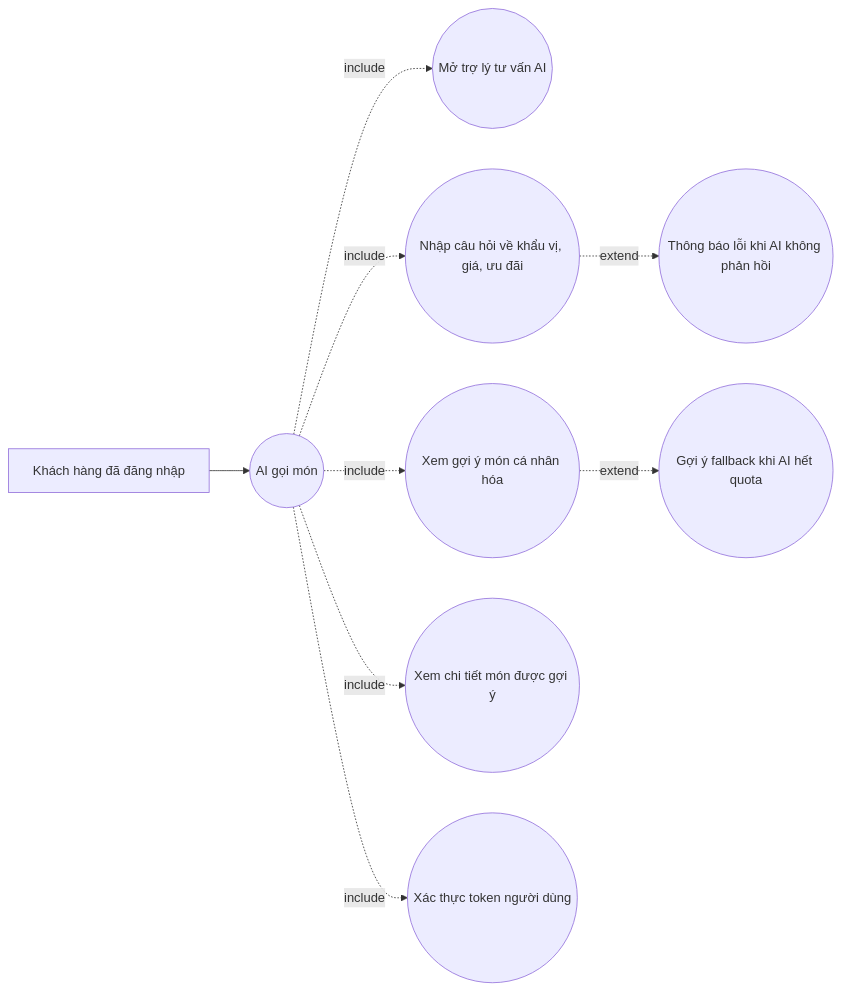
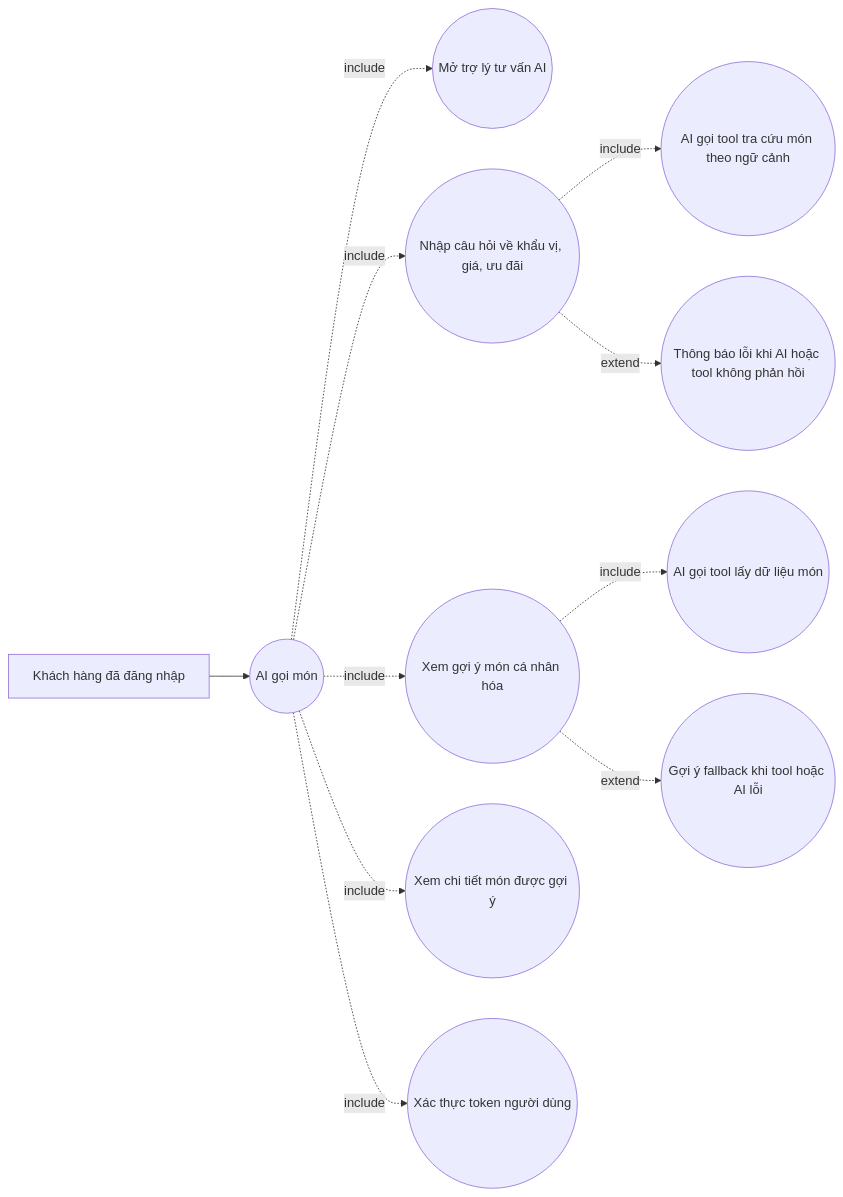
Diagram 43 of 48 in docs/usecase-dac-ta-chuc-nang-con-lai.md (Pvmvn/BE-CDTN), drawn with Mermaid before and after one commit. The commit also changed other lines of this file and 4 other files, not shown here.

````diff
--- a/docs/usecase-dac-ta-chuc-nang-con-lai.md
+++ b/docs/usecase-dac-ta-chuc-nang-con-lai.md
@@ -2836,11 +2836,13 @@
 ```mermaid
 flowchart LR
   Customer[Khách hàng đã đăng nhập] --> AIOrder((AI gọi món))
   AIOrder -. include .-> OpenChat((Mở trợ lý tư vấn AI))
   AIOrder -. include .-> Ask((Nhập câu hỏi về khẩu vị, giá, ưu đãi))
   AIOrder -. include .-> Recommend((Xem gợi ý món cá nhân hóa))
   AIOrder -. include .-> ViewDetail((Xem chi tiết món được gợi ý))
   AIOrder -. include .-> Auth((Xác thực token người dùng))
-  Recommend -. extend .-> Fallback((Gợi ý fallback khi AI hết quota))
-  Ask -. extend .-> Error((Thông báo lỗi khi AI không phản hồi))
+  Recommend -. include .-> ToolRecommend((AI gọi tool lấy dữ liệu món))
+  Ask -. include .-> ToolChat((AI gọi tool tra cứu món theo ngữ cảnh))
+  Recommend -. extend .-> Fallback((Gợi ý fallback khi tool hoặc AI lỗi))
+  Ask -. extend .-> Error((Thông báo lỗi khi AI hoặc tool không phản hồi))
 ```
````
